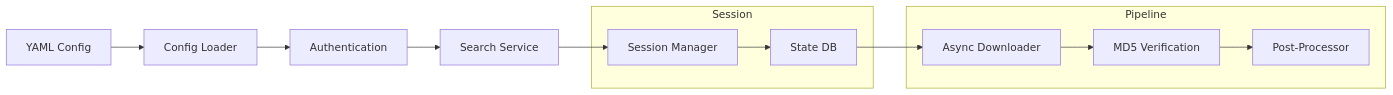
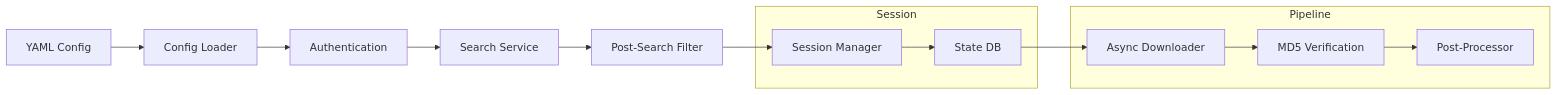
Before and after one commit to digital-idiot/eumdac-fetch: the diagram in README.md, drawn with Mermaid. The commit also changed other lines of this file and 8 other files, not shown here.

````diff
--- a/README.md
+++ b/README.md
@@ -27,22 +28,23 @@
 ```mermaid
 flowchart LR
     A[YAML Config] --> B[Config Loader]
     B --> C[Authentication]
     C --> D[Search Service]
-    D --> E[Session Manager]
-    E --> F[State DB]
-    F --> G[Async Downloader]
-    G --> H[MD5 Verification]
-    H --> I[Post-Processor]
+    D --> F[Post-Search Filter]
+    F --> E[Session Manager]
+    E --> G[State DB]
+    G --> H[Async Downloader]
+    H --> I[MD5 Verification]
+    I --> J[Post-Processor]
 
     subgraph Session
         E
-        F
+        G
     end
 
     subgraph Pipeline
-        G
         H
         I
+        J
     end
 ```
````
